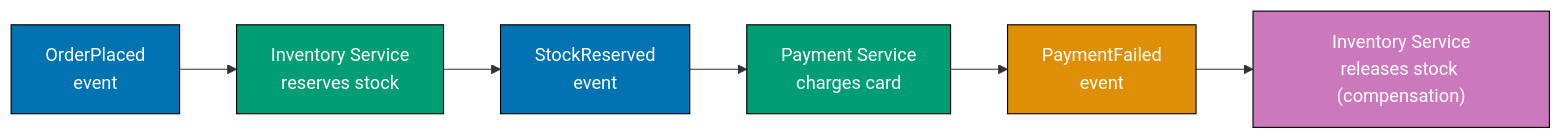
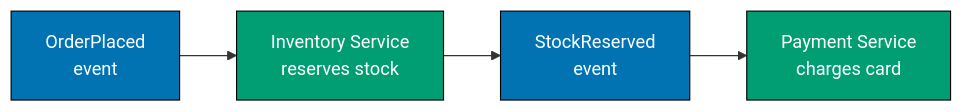
The fourth of 18 diagrams in apps/ayokoding-web/content/en/learn/software-engineering/software-architecture/patterns-and-principles/in-oop-by-example/advanced.md (wahidyankf/open-sharia-enterprise), drawn with Mermaid before and after one commit. The commit also changed other lines of this file and 11 other files, not shown here.

First line of the commit message:
fix(ayokoding-web): repair 28 mermaid violations in expansion files

````diff
--- a/apps/ayokoding-web/content/en/learn/software-engineering/software-architecture/patterns-and-principles/in-oop-by-example/advanced.md
+++ b/apps/ayokoding-web/content/en/learn/software-engineering/software-architecture/patterns-and-principles/in-oop-by-example/advanced.md
@@ -862,15 +864,11 @@
 ```mermaid
 graph LR
     A["OrderPlaced<br/>event"] --> B["Inventory Service<br/>reserves stock"]
     B --> C["StockReserved<br/>event"]
     C --> D["Payment Service<br/>charges card"]
-    D --> E["PaymentFailed<br/>event"]
-    E --> F["Inventory Service<br/>releases stock (compensation)"]
 
     style A fill:#0173B2,stroke:#000,color:#fff
     style B fill:#029E73,stroke:#000,color:#fff
     style C fill:#0173B2,stroke:#000,color:#fff
     style D fill:#029E73,stroke:#000,color:#fff
-    style E fill:#DE8F05,stroke:#000,color:#fff
-    style F fill:#CC78BC,stroke:#000,color:#fff
 ```
````
